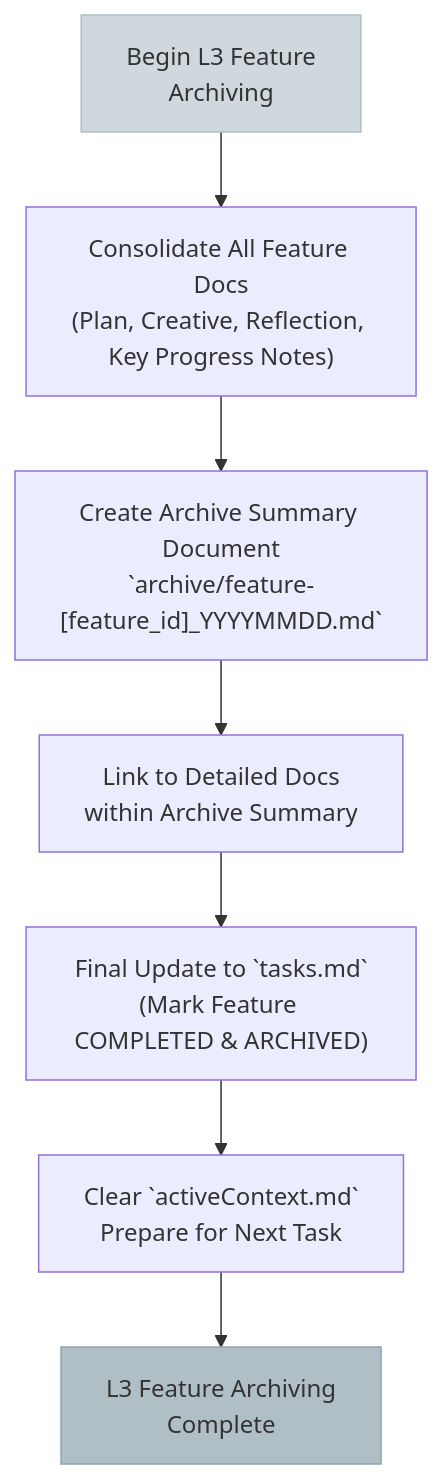
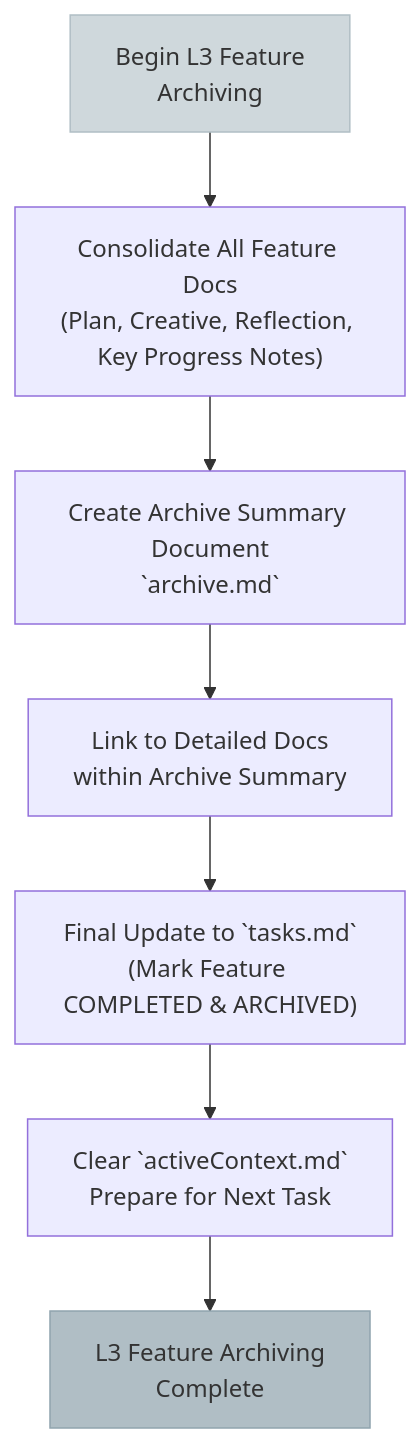
The eighth of 8 diagrams in .cursor/rules/isolation_rules/Level3/workflow-level3.mdc (jedita/cursor-memory-bank), drawn with Mermaid before and after one commit. The commit also changed other lines of this file and 16 other files, not shown here.

````diff
--- a/.cursor/rules/isolation_rules/Level3/workflow-level3.mdc
+++ b/.cursor/rules/isolation_rules/Level3/workflow-level3.mdc
@@ -280,12 +280,12 @@
 ```mermaid
 graph TD
     StartArchive["Begin L3 Feature<br>Archiving"] --> ConsolidateDocs["Consolidate All Feature Docs<br>(Plan, Creative, Reflection, Key Progress Notes)"]
-    ConsolidateDocs --> CreateArchiveSummary["Create Archive Summary Document<br>`archive/feature-[feature_id]_YYYYMMDD.md`"]
+    ConsolidateDocs --> CreateArchiveSummary["Create Archive Summary Document<br>`archive.md`"]
     CreateArchiveSummary --> LinkDocs["Link to Detailed Docs<br>within Archive Summary"]
     LinkDocs --> FinalUpdateTasks["Final Update to `tasks.md`<br>(Mark Feature COMPLETED & ARCHIVED)"]
     FinalUpdateTasks --> ResetActiveCtx["Clear `activeContext.md`<br>Prepare for Next Task"]
     ResetActiveCtx --> ArchiveComplete["L3 Feature Archiving<br>Complete"]
 
     style StartArchive fill:#cfd8dc,stroke:#b0bec5
     style ArchiveComplete fill:#b0bec5,stroke:#90a4ae
 ```
````
